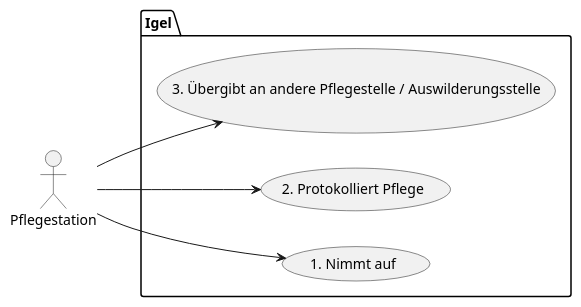
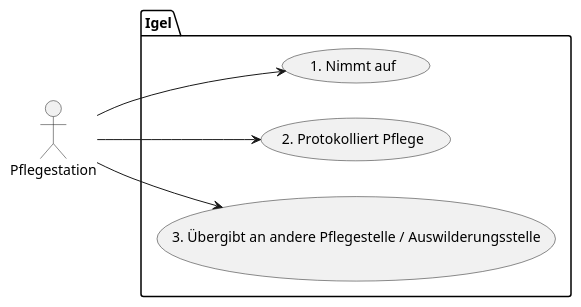
The diagram in diagrams/usecases.puml (error-empire/igelhilfe_pflegeprotokoll), drawn with PlantUML before and after one commit. The commit also changed other lines of this file and 2 other files, not shown here.

```diff
--- a/diagrams/usecases.puml
+++ b/diagrams/usecases.puml
@@ -1,12 +1,12 @@
 @startuml
 left to right direction
 actor Pflegestation as station
 package Igel {
+    usecase "1. Nimmt auf" as Aufnahme
+    usecase "2. Protokolliert Pflege" as Protokolliert
     usecase "3. Übergibt an andere Pflegestelle / Auswilderungsstelle" as Uebergabe
-    usecase "2. Protokolliert Pflege" as Protokolliert
-    usecase "1. Nimmt auf" as Aufnahme
 }
 station --> Aufnahme
 station --> Protokolliert
 station --> Uebergabe
 @enduml
```
